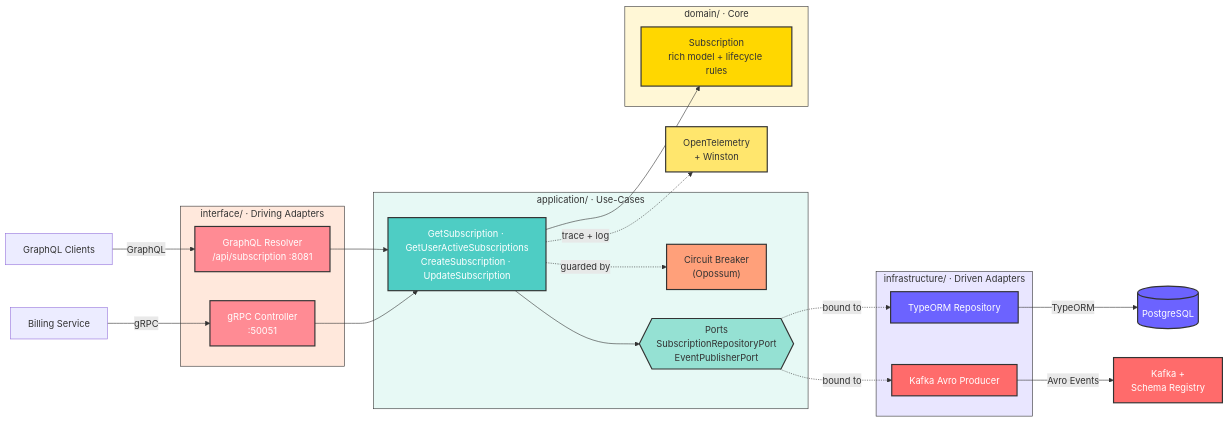
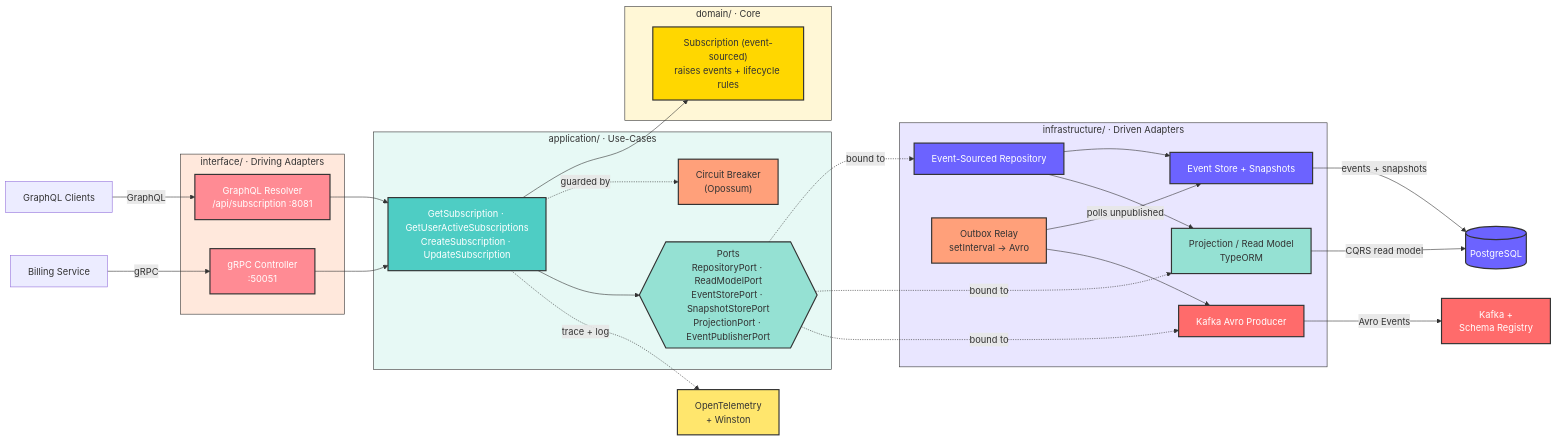
One commit to huzaifa678/subscription-service changed the first of 2 diagrams in README.md. Above: the diagram before and after it, drawn with Mermaid. The commit also changed other lines of this file, not shown here.

Commit message:
docs(subscription): document event sourcing with architecture and flow diagrams

````diff
--- a/README.md
+++ b/README.md
@@ -20,61 +20,73 @@
 ```mermaid
 graph LR
     Clients["GraphQL Clients"]
     Billing["Billing Service"]
 
     subgraph Interface["interface/ · Driving Adapters"]
         GQL["GraphQL Resolver<br/>/api/subscription :8081"]
         GRPC["gRPC Controller<br/>:50051"]
     end
 
     subgraph Application["application/ · Use-Cases"]
         UC["GetSubscription · GetUserActiveSubscriptions<br/>CreateSubscription · UpdateSubscription"]
         CB["Circuit Breaker<br/>(Opossum)"]
-        PORTS{{"Ports<br/>SubscriptionRepositoryPort<br/>EventPublisherPort"}}
+        PORTS{{"Ports<br/>RepositoryPort · ReadModelPort<br/>EventStorePort · SnapshotStorePort<br/>ProjectionPort · EventPublisherPort"}}
     end
 
     subgraph Domain["domain/ · Core"]
-        DOM["Subscription<br/>rich model + lifecycle rules"]
+        DOM["Subscription (event-sourced)<br/>raises events + lifecycle rules"]
     end
 
     subgraph Infrastructure["infrastructure/ · Driven Adapters"]
-        REPO["TypeORM Repository"]
+        ESREPO["Event-Sourced Repository"]
+        ESTORE["Event Store + Snapshots"]
+        PROJ["Projection / Read Model<br/>TypeORM"]
+        RELAY["Outbox Relay<br/>setInterval → Avro"]
         PROD["Kafka Avro Producer"]
     end
 
     PG[("PostgreSQL")]
     KAFKA["Kafka +<br/>Schema Registry"]
     OTEL["OpenTelemetry<br/>+ Winston"]
 
     Clients -->|GraphQL| GQL
     Billing -->|gRPC| GRPC
 
     GQL --> UC
     GRPC --> UC
     UC --> DOM
     UC -. guarded by .-> CB
     UC --> PORTS
 
-    PORTS -. bound to .-> REPO
+    PORTS -. bound to .-> ESREPO
+    PORTS -. bound to .-> PROJ
     PORTS -. bound to .-> PROD
 
-    REPO -->|TypeORM| PG
+    ESREPO --> ESTORE
+    ESREPO --> PROJ
+    ESTORE -->|events + snapshots| PG
+    PROJ -->|CQRS read model| PG
+    RELAY -->|polls unpublished| ESTORE
+    RELAY --> PROD
     PROD -->|Avro Events| KAFKA
     UC -.->|trace + log| OTEL
 
     style Domain fill:#FFF7D6,stroke:#333,color:#333
     style Application fill:#E7F9F5,stroke:#333,color:#333
     style Interface fill:#FFE8DC,stroke:#333,color:#333
     style Infrastructure fill:#E9E6FF,stroke:#333,color:#333
     style DOM fill:#FFD700,stroke:#333,color:#333,stroke-width:2px
     style UC fill:#4ECDC4,stroke:#333,color:#fff,stroke-width:2px
     style PORTS fill:#95E1D3,stroke:#333,color:#333,stroke-width:2px
     style CB fill:#FFA07A,stroke:#333,color:#333,stroke-width:2px
     style GQL fill:#FF8B94,stroke:#333,color:#fff,stroke-width:2px
     style GRPC fill:#FF8B94,stroke:#333,color:#fff,stroke-width:2px
-    style REPO fill:#6C63FF,stroke:#333,color:#fff,stroke-width:2px
+    style ESREPO fill:#6C63FF,stroke:#333,color:#fff,stroke-width:2px
+    style ESTORE fill:#6C63FF,stroke:#333,color:#fff,stroke-width:2px
+    style PROJ fill:#95E1D3,stroke:#333,color:#333,stroke-width:2px
+    style RELAY fill:#FFA07A,stroke:#333,color:#333,stroke-width:2px
     style PROD fill:#FF6B6B,stroke:#333,color:#fff,stroke-width:2px
     style PG fill:#6C63FF,stroke:#333,color:#fff,stroke-width:2px
     style KAFKA fill:#FF6B6B,stroke:#333,color:#fff,stroke-width:2px
     style OTEL fill:#FFE66D,stroke:#333,color:#333,stroke-width:2px
 ```
````
